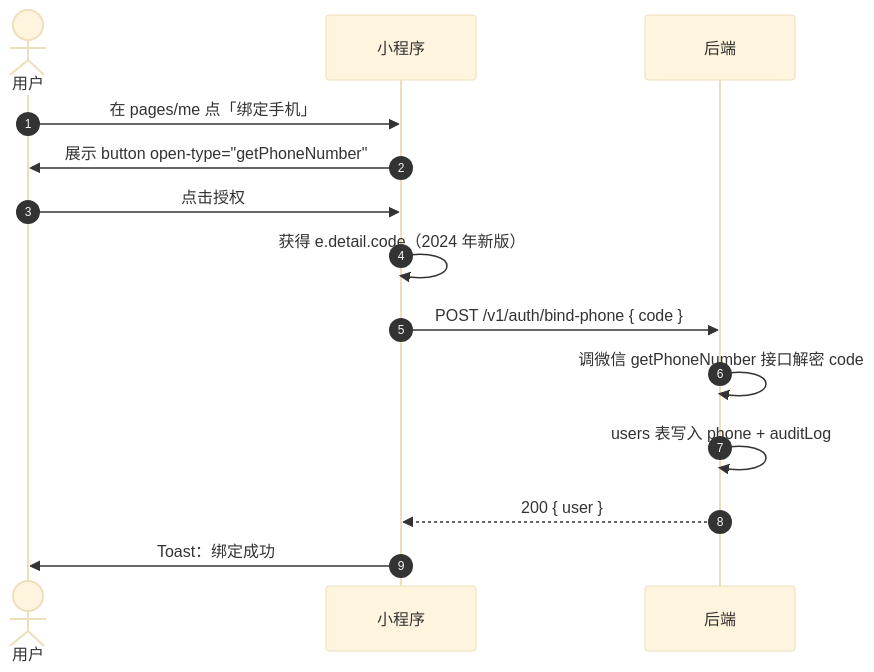
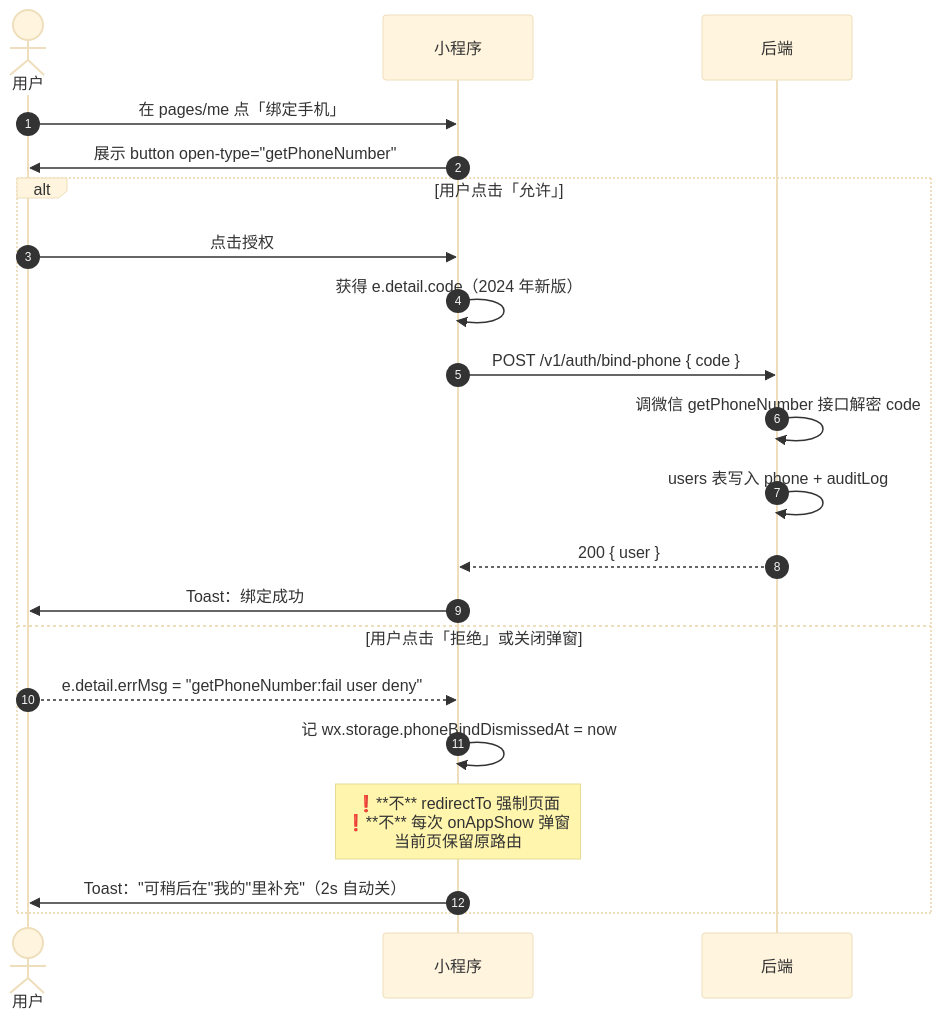
One commit to stdmkmehp/Costra changed the third of 3 diagrams in docs/design/flows/login.md. Above: the diagram before and after it, drawn with Mermaid (base theme). The commit also changed other lines of this file and 78 other files, not shown here.

````diff
--- a/docs/design/flows/login.md
+++ b/docs/design/flows/login.md
@@ -78,17 +78,24 @@
 ```mermaid
 sequenceDiagram
     autonumber
     actor U as 用户
     participant MP as 小程序
     participant BE as 后端
 
     U->>MP: 在 pages/me 点「绑定手机」
     MP->>U: 展示 button open-type="getPhoneNumber"
-    U->>MP: 点击授权
-    MP->>MP: 获得 e.detail.code（2024 年新版）
-    MP->>BE: POST /v1/auth/bind-phone { code }
-    BE->>BE: 调微信 getPhoneNumber 接口解密 code
-    BE->>BE: users 表写入 phone + auditLog
-    BE-->>MP: 200 { user }
-    MP->>U: Toast：绑定成功
+    alt 用户点击「允许」
+        U->>MP: 点击授权
+        MP->>MP: 获得 e.detail.code（2024 年新版）
+        MP->>BE: POST /v1/auth/bind-phone { code }
+        BE->>BE: 调微信 getPhoneNumber 接口解密 code
+        BE->>BE: users 表写入 phone + auditLog
+        BE-->>MP: 200 { user }
+        MP->>U: Toast：绑定成功
+    else 用户点击「拒绝」或关闭弹窗
+        U-->>MP: e.detail.errMsg = "getPhoneNumber:fail user deny"
+        MP->>MP: 记 wx.storage.phoneBindDismissedAt = now
+        Note over MP: ❗**不** redirectTo 强制页面<br/>❗**不** 每次 onAppShow 弹窗<br/>当前页保留原路由
+        MP->>U: Toast："可稍后在"我的"里补充"（2s 自动关）
+    end
 ```
````
